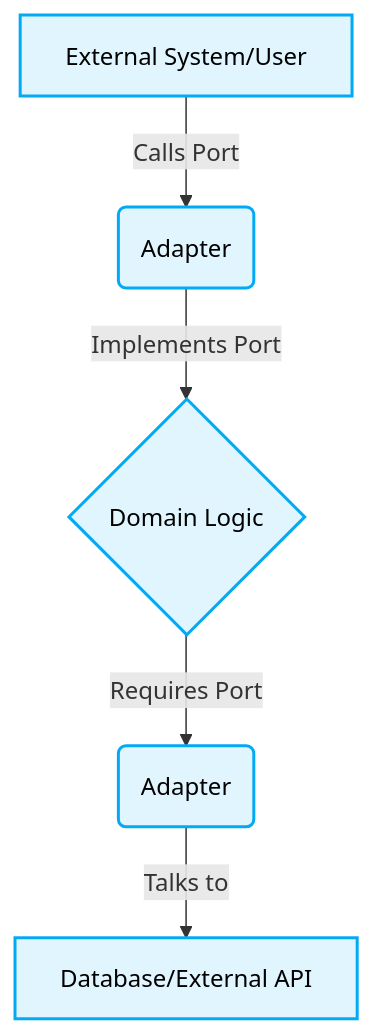
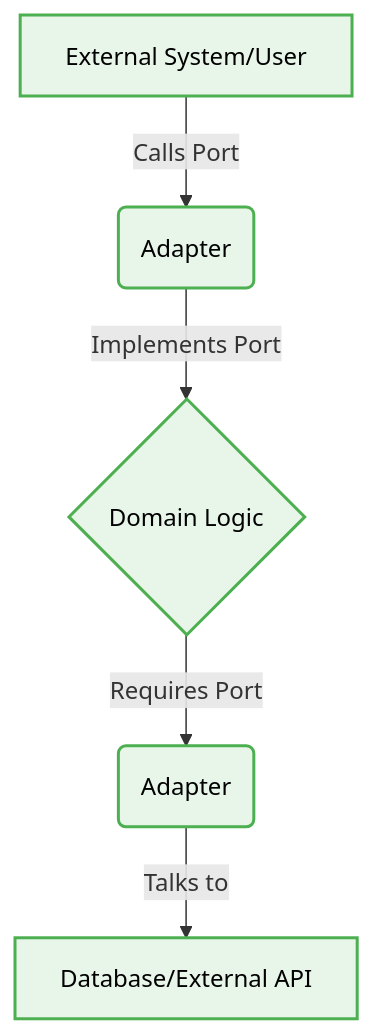
One commit to beginwebdev2002/best-practise changed the diagram in architectures/hexagonal-architecture/readme.md. Above: the diagram before and after it, drawn with Mermaid. The commit also changed 6 other files, not shown here.

Commit message:
refactor(arch): optimize space-based-architecture for deterministic Agent parsing

````diff
--- a/architectures/hexagonal-architecture/readme.md
+++ b/architectures/hexagonal-architecture/readme.md
@@ -32,10 +32,12 @@
 ```mermaid
 flowchart TD
     A[External System/User] -->|Calls Port| B(Adapter)
     B -->|Implements Port| C{Domain Logic}
     C -->|Requires Port| D(Adapter)
     D -->|Talks to| E[Database/External API]
 
     classDef default fill:#e1f5fe,stroke:#03a9f4,stroke-width:2px,color:#000;
+    classDef component fill:#e8f5e9,stroke:#4caf50,stroke-width:2px,color:#000;
     class A,B,C,D,E default;
+    class C,B,A,D,E component;
 ```
````
